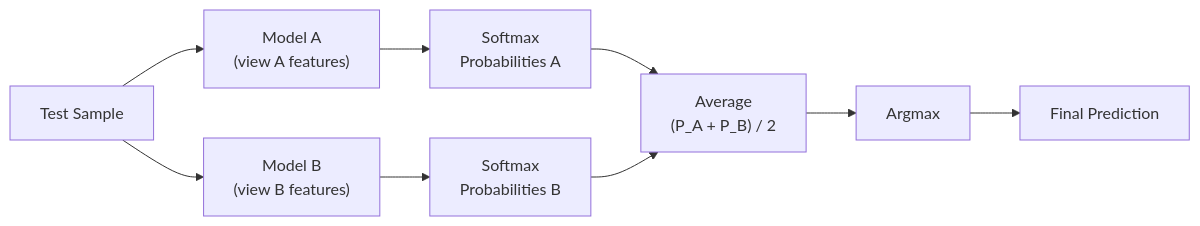
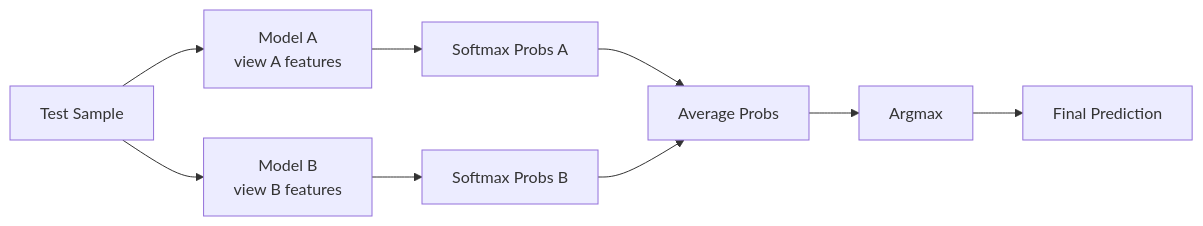
One commit to anhtranst/cotrain_crisisMMD changed the sixth of 7 diagrams in vanilla_cotrain/README.md. Above: the diagram before and after it, drawn with Mermaid.

Commit message:
fix: mermaid diagram rendering in vanilla cotrain README
Simplify ensemble prediction diagram node labels to avoid
underscores and parentheses that break GitHub's mermaid parser.

````diff
--- a/vanilla_cotrain/README.md
+++ b/vanilla_cotrain/README.md
@@ -197,14 +197,14 @@
 ```mermaid
 graph LR
-    INPUT["Test Sample"] --> A["Model A<br/>(view A features)"]
-    INPUT --> B["Model B<br/>(view B features)"]
+    INPUT["Test Sample"] --> MA["Model A<br/>view A features"]
+    INPUT --> MB["Model B<br/>view B features"]
 
-    A --> PA["Softmax<br/>Probabilities A"]
-    B --> PB["Softmax<br/>Probabilities B"]
+    MA --> PA["Softmax Probs A"]
+    MB --> PB["Softmax Probs B"]
 
-    PA --> AVG["Average<br/>(P_A + P_B) / 2"]
+    PA --> AVG["Average Probs"]
     PB --> AVG
 
     AVG --> ARGMAX["Argmax"]
     ARGMAX --> PRED["Final Prediction"]
 ```
````
